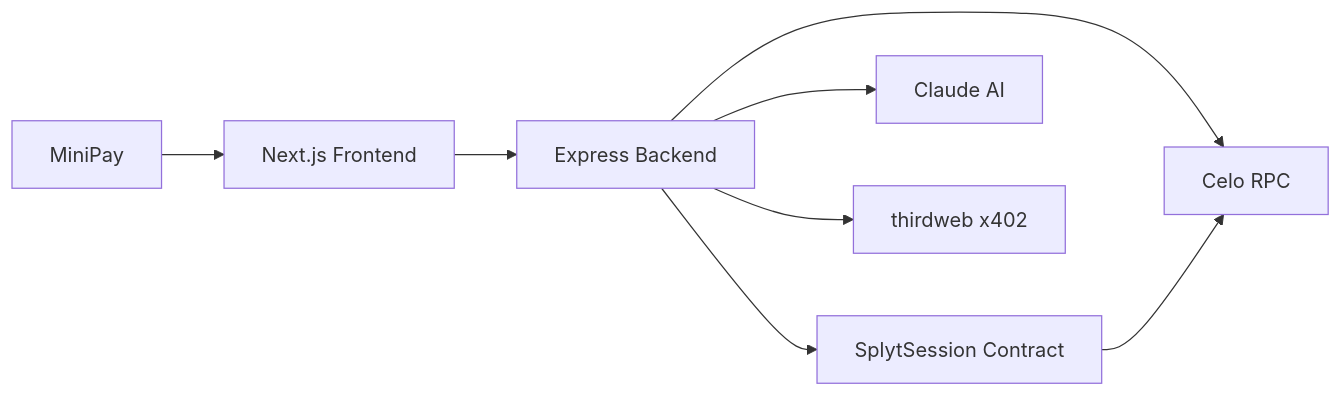
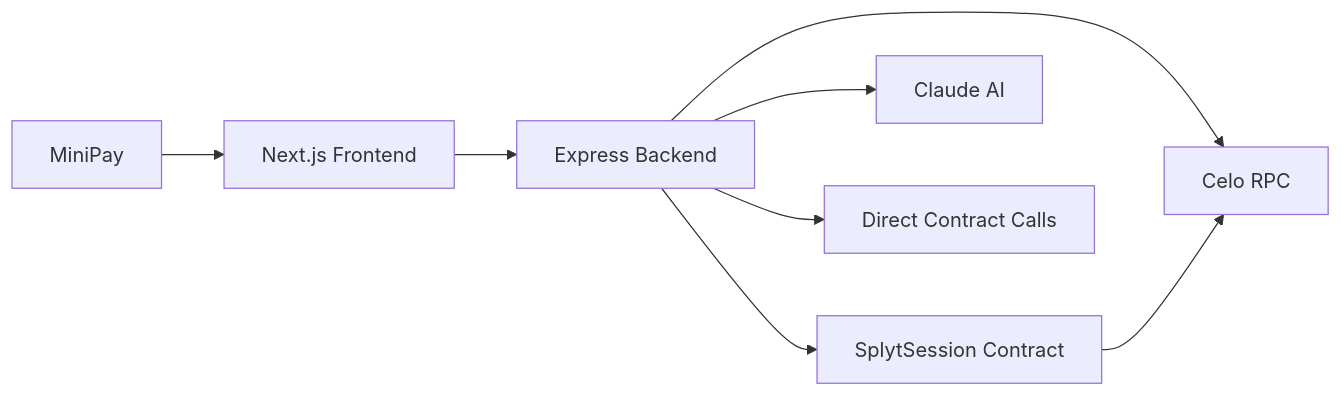
One commit to Dominion116/Splyt changed the diagram in docs/ARCHITECTURE.md. Above: the diagram before and after it, drawn with Mermaid. The commit also changed other lines of this file and 4 other files, not shown here.

````diff
--- a/docs/ARCHITECTURE.md
+++ b/docs/ARCHITECTURE.md
@@ -7,10 +7,10 @@
 ```mermaid
 flowchart LR
   A[MiniPay] --> B[Next.js Frontend]
   B --> C[Express Backend]
   C --> D[SplytSession Contract]
   C --> E[Claude AI]
-  C --> F[thirdweb x402]
+  C --> F[Direct Contract Calls]
   C --> G[Celo RPC]
   D --> G
 ```
````
